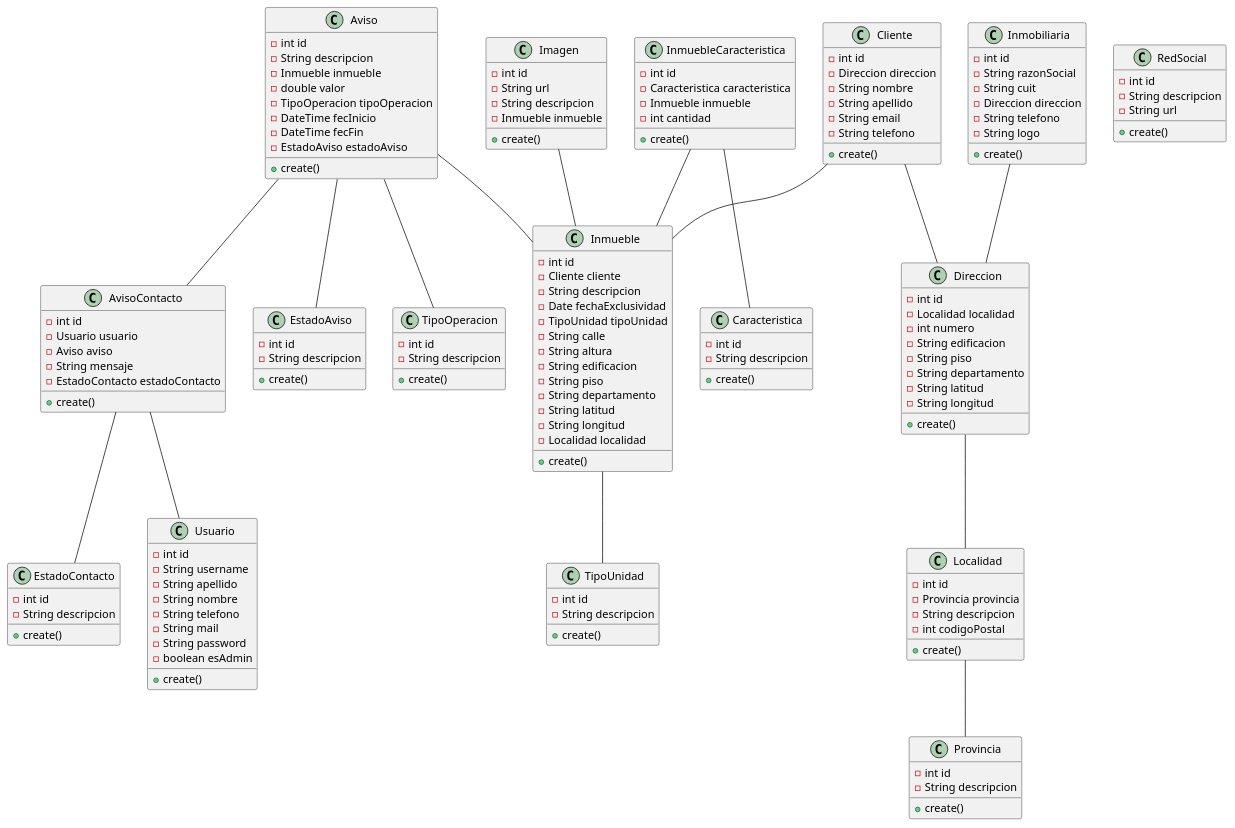
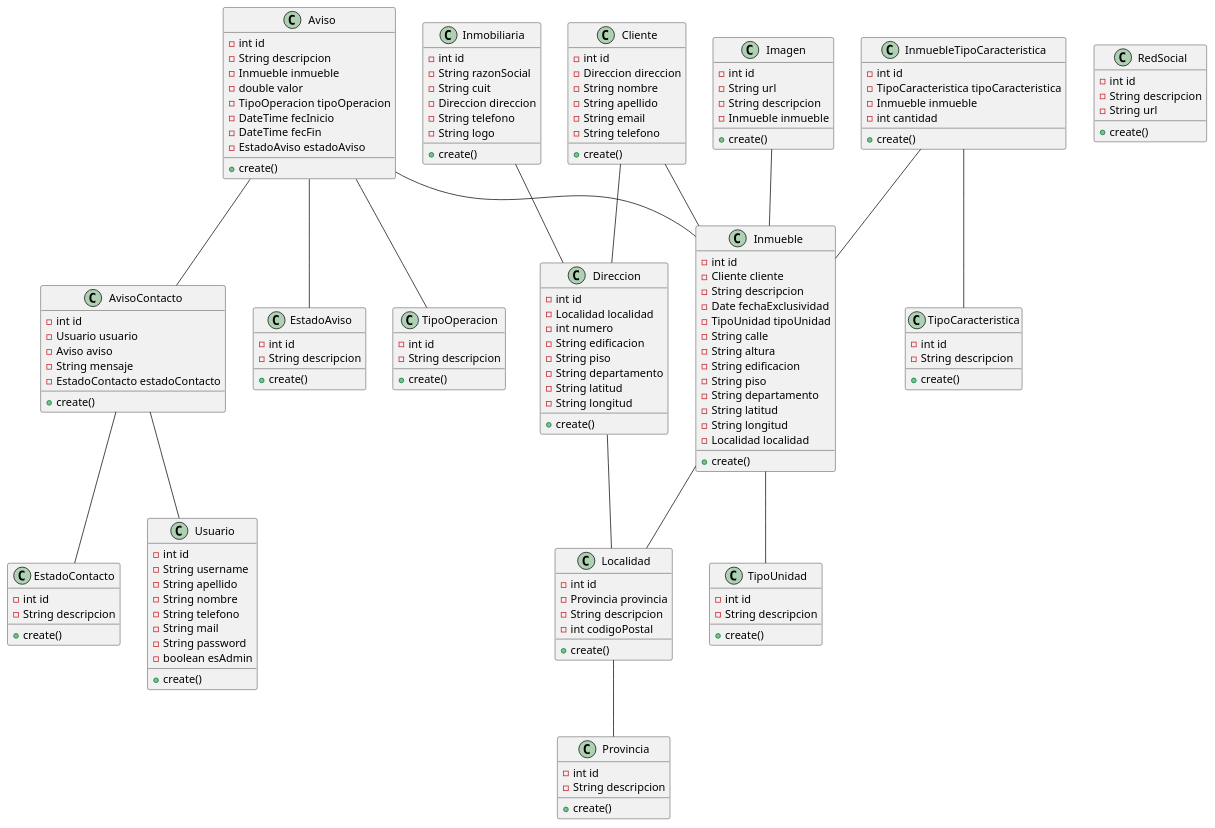
The diagram in module-simple/src/main/java/domainapp/modules/simple/dom/DiagramaClases.puml (Cancerberos/inmobiliaria), drawn with PlantUML before and after one commit. The commit also changed 82 other files, not shown here.

Commit message:
ISSUE #37: Provincia, localidad, Cliente, TipoUnidad, TipoCaracteristica, Inmueble

```diff
--- a/module-simple/src/main/java/domainapp/modules/simple/dom/DiagramaClases.puml
+++ b/module-simple/src/main/java/domainapp/modules/simple/dom/DiagramaClases.puml
@@ -1,161 +1,161 @@
 @startuml
 'https://plantuml.com/class-diagram
 class Aviso {
 - int id
 - String descripcion
 - Inmueble inmueble
 - double valor
 - TipoOperacion tipoOperacion
 - DateTime fecInicio
 - DateTime fecFin
 - EstadoAviso estadoAviso
 +create()
 }
 class AvisoContacto {
 -int id
 -Usuario usuario
 -Aviso aviso
 -String mensaje
 -EstadoContacto estadoContacto
 +create()
 }
-class Caracteristica{
+class TipoCaracteristica{
 -int id
 -String descripcion
 +create()
 }
 class Cliente{
 -int id
 -Direccion direccion
 -String nombre
 -String apellido
 -String email
 -String telefono
 +create()
 }
 class Direccion{
 -int id
 -Localidad localidad
 -int numero
 -String edificacion
 -String piso
 -String departamento
 -String latitud
 -String longitud
 +create()
 }
 class EstadoAviso{
 -int id
 -String descripcion
 +create()
 }
 class EstadoContacto{
 -int id
 -String descripcion
 +create()
 }
 class Imagen{
 -int id
 -String url
 -String descripcion
 -Inmueble inmueble
 +create()
 }
 class Inmobiliaria {
 -int id
 -String razonSocial
 -String cuit
 -Direccion direccion
 -String telefono
 -String logo
 +create()
 }
 class Inmueble {
 -int id
 -Cliente cliente
 -String descripcion
 -Date fechaExclusividad
 -TipoUnidad tipoUnidad
  -String calle
  -String altura
  -String edificacion
  -String piso
  -String departamento
  -String latitud
  -String longitud
  -Localidad localidad
 
 +create()
 }
-class InmuebleCaracteristica {
+class InmuebleTipoCaracteristica {
 -int id
--Caracteristica caracteristica
+-TipoCaracteristica tipoCaracteristica
 -Inmueble inmueble
 -int cantidad
 +create()
 }
 class Localidad {
 -int id
 -Provincia provincia
 -String descripcion
 -int codigoPostal
 +create()
 }
 class Provincia {
 -int id
 -String descripcion
 +create()
 }
 class RedSocial {
 -int id
 -String descripcion
 -String url
 +create()
 }
 class TipoOperacion {
 -int id
 -String descripcion
 +create()
 }
 class TipoUnidad {
 -int id
 -String descripcion
 +create()
 }
 class Usuario {
 -int id
 -String username
 -String apellido
 -String nombre
 -String telefono
 -String mail
 -String password
 -boolean esAdmin
 +create()
 }
 
 Aviso -- AvisoContacto
 Aviso -- Inmueble
 Aviso -- TipoOperacion
 Aviso -- EstadoAviso
 
 AvisoContacto -- Usuario
 AvisoContacto -- EstadoContacto
 
 Cliente -- Direccion
 Cliente -- Inmueble
 
 Inmueble -- TipoUnidad
-
-InmuebleCaracteristica -- Caracteristica
-InmuebleCaracteristica -- Inmueble
+Inmueble -- Localidad
+InmuebleTipoCaracteristica -- TipoCaracteristica
+InmuebleTipoCaracteristica -- Inmueble
 Imagen -- Inmueble
 
 Inmobiliaria -- Direccion
 
 Direccion -- Localidad
 Localidad -- Provincia
 
 
 
 @enduml
```
